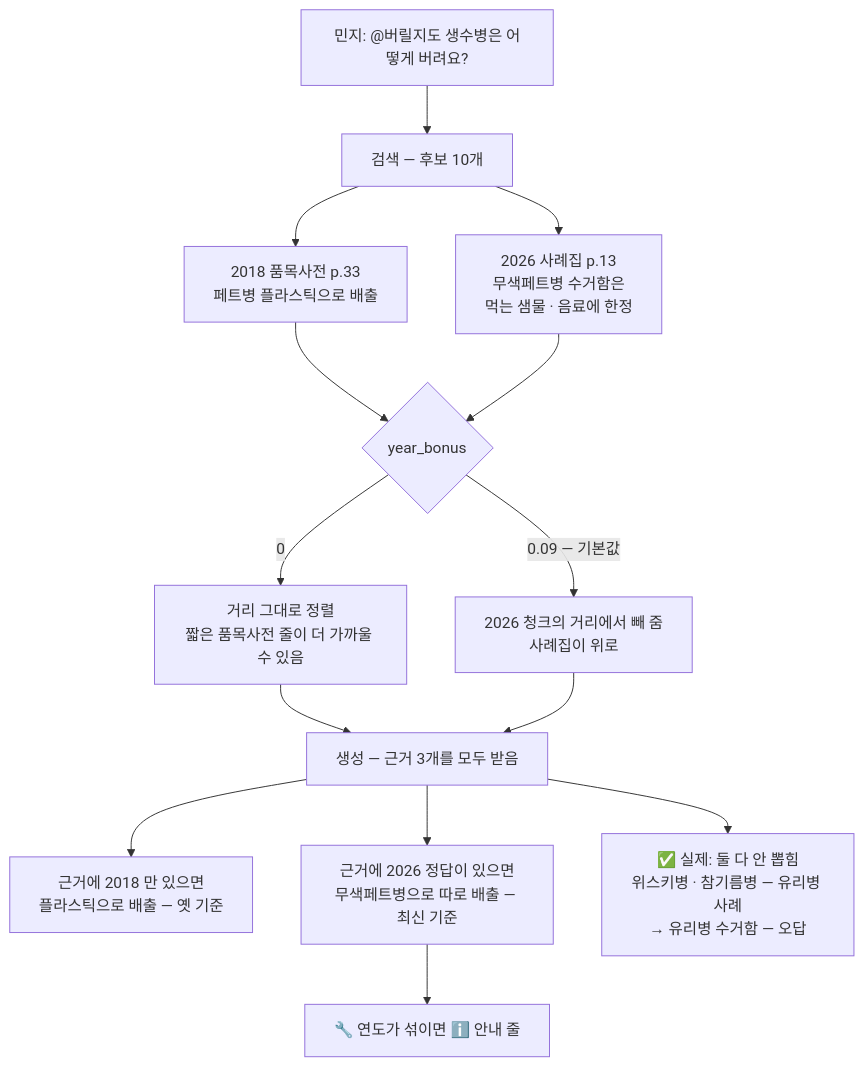
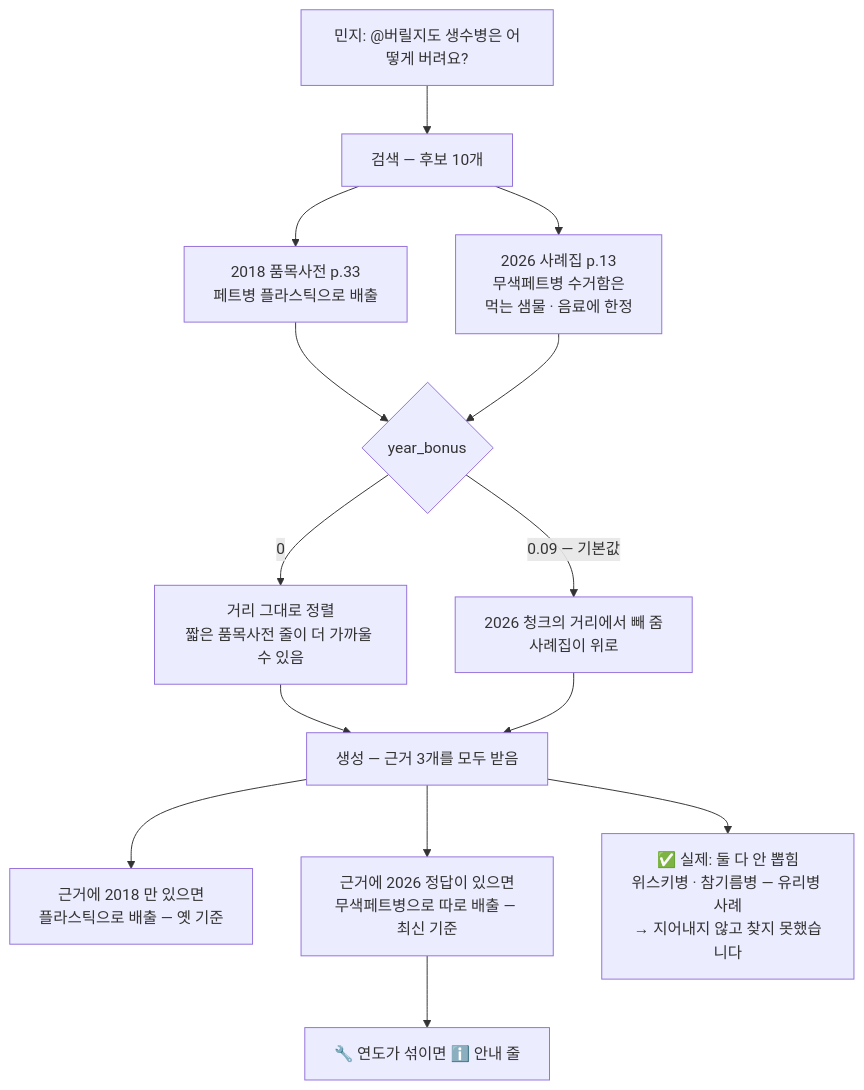
Before and after one commit to Jinseok2419342/recycle-rag-slack-bot: the second of 10 diagrams in docs/scenarios.md, drawn with Mermaid. The commit also changed other lines of this file and 37 other files, not shown here.

````diff
--- a/docs/scenarios.md
+++ b/docs/scenarios.md
@@ -98,19 +103,19 @@
 ```mermaid
 flowchart TD
     q["민지: @버릴지도 생수병은 어떻게 버려요?"]
     q --> ret["검색 — 후보 10개"]
     ret --> old["2018 품목사전 p.33<br/>페트병 플라스틱으로 배출"]
     ret --> new["2026 사례집 p.13<br/>무색페트병 수거함은<br/>먹는 샘물 · 음료에 한정"]
 
     old --> yb{"year_bonus"}
     new --> yb
     yb -- "0" --> same["거리 그대로 정렬<br/>짧은 품목사전 줄이 더 가까울 수 있음"]
     yb -- "0.09 — 기본값" --> boost["2026 청크의 거리에서 빼 줌<br/>사례집이 위로"]
 
     same --> gen["생성 — 근거 3개를 모두 받음"]
     boost --> gen
     gen --> a1["근거에 2018 만 있으면<br/>플라스틱으로 배출 — 옛 기준"]
     gen --> a2["근거에 2026 정답이 있으면<br/>무색페트병으로 따로 배출 — 최신 기준"]
-    gen --> a3["✅ 실제: 둘 다 안 뽑힘<br/>위스키병 · 참기름병 — 유리병 사례<br/>→ 유리병 수거함 — 오답"]
+    gen --> a3["✅ 실제: 둘 다 안 뽑힘<br/>위스키병 · 참기름병 — 유리병 사례<br/>→ 지어내지 않고 찾지 못했습니다"]
     a2 --> note["🔧 연도가 섞이면 ℹ️ 안내 줄"]
 ```
````
